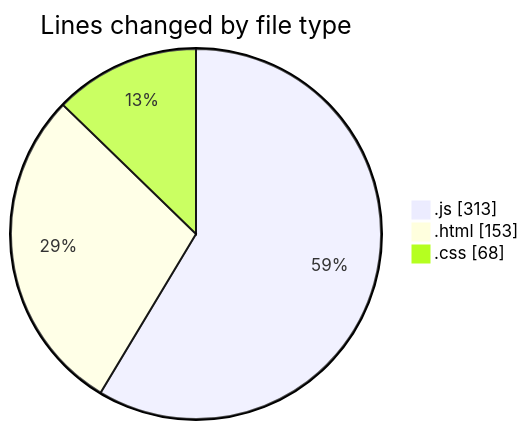
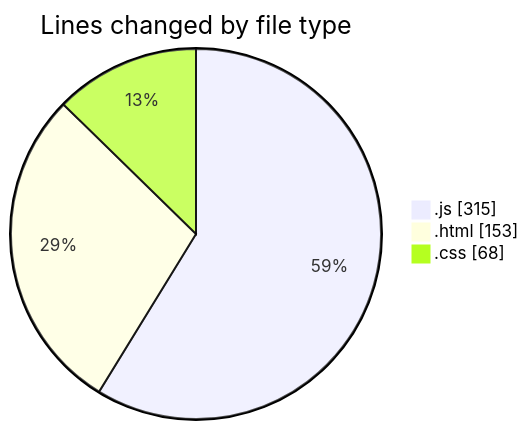
The first of 2 diagrams in 2025-01-24/projects/README.md (Ritupan-Deka/code-tracking), drawn with Mermaid before and after one commit. The commit also changed other lines of this file and 1 other file, not shown here.

````diff
--- a/2025-01-24/projects/README.md
+++ b/2025-01-24/projects/README.md
@@ -29,7 +29,7 @@
 ```mermaid
 pie showData
 title Lines changed by file type
-".js" : 313
+".js" : 315
 ".html" : 153
 ".css" : 68
 ```
````
